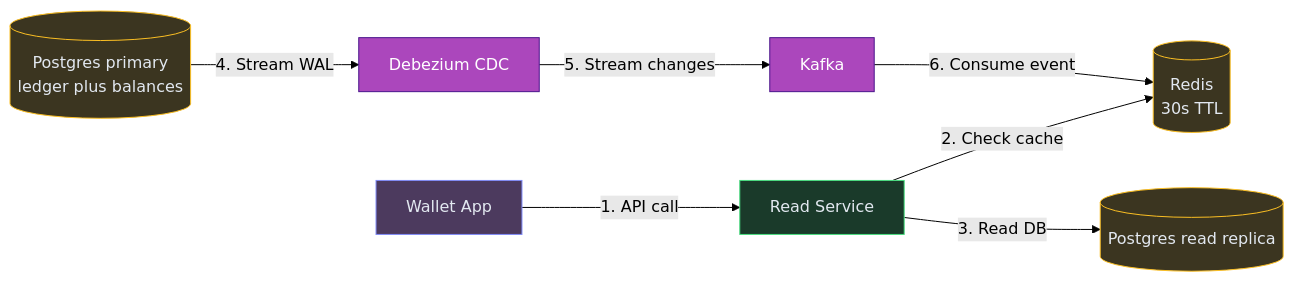
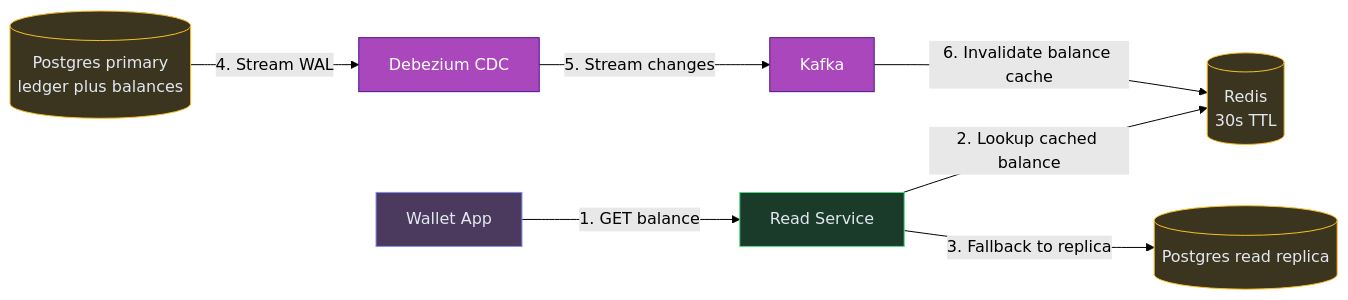
Before and after one commit to iluzn/HLD-Designs: the sixth of 10 diagrams in content/hld/DigitalWallet.md, drawn with Mermaid (forest theme). The commit also changed other lines of this file and 27 other files, not shown here.

````diff
--- a/content/hld/DigitalWallet.md
+++ b/content/hld/DigitalWallet.md
@@ -536,22 +536,22 @@
 ```mermaid
 flowchart LR
     APP["Wallet App"]:::client
     READ["Read Service"]:::service
     REDIS[("Redis<br/>30s TTL")]:::data
     REPL[("Postgres read replica")]:::data
     PRIM[("Postgres primary<br/>ledger plus balances")]:::data
     CDC["Debezium CDC"]:::async
     K["Kafka"]:::async
 
-    APP -->|"1. API call"| READ
-    READ -->|"2. Check cache"| REDIS
-    READ -->|"3. Read DB"| REPL
+    APP -->|"1. GET balance"| READ
+    READ -->|"2. Lookup cached balance"| REDIS
+    READ -->|"3. Fallback to replica"| REPL
     PRIM -->|"4. Stream WAL"| CDC
     CDC -->|"5. Stream changes"| K
-    K -->|"6. Consume event"| REDIS
+    K -->|"6. Invalidate balance cache"| REDIS
 
     classDef client fill:#4c3a5e,stroke:#818cf8,color:#e2e8f0
     classDef service fill:#1a3a2a,stroke:#4ade80,color:#e2e8f0
     classDef async fill:#AB47BC,stroke:#4A148C,color:#fff
     classDef data fill:#3b3520,stroke:#fbbf24,color:#e2e8f0
 ```
````
